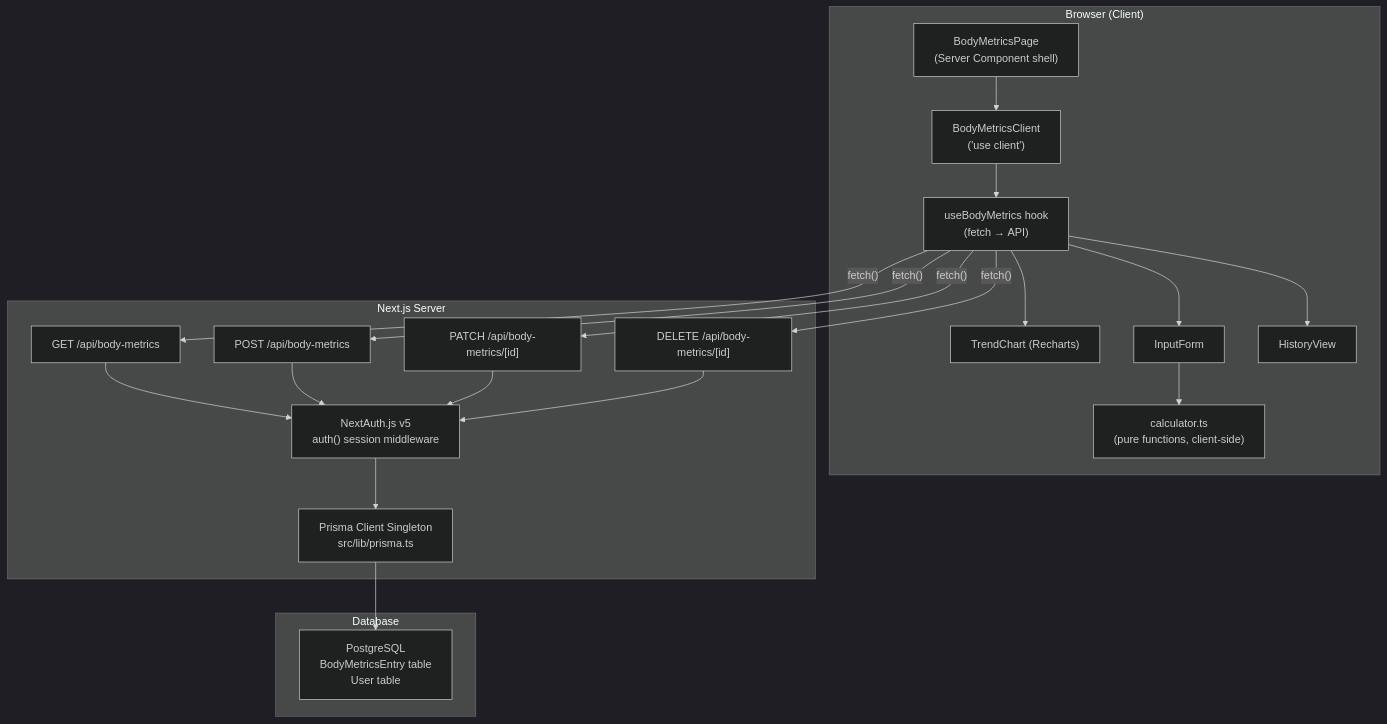
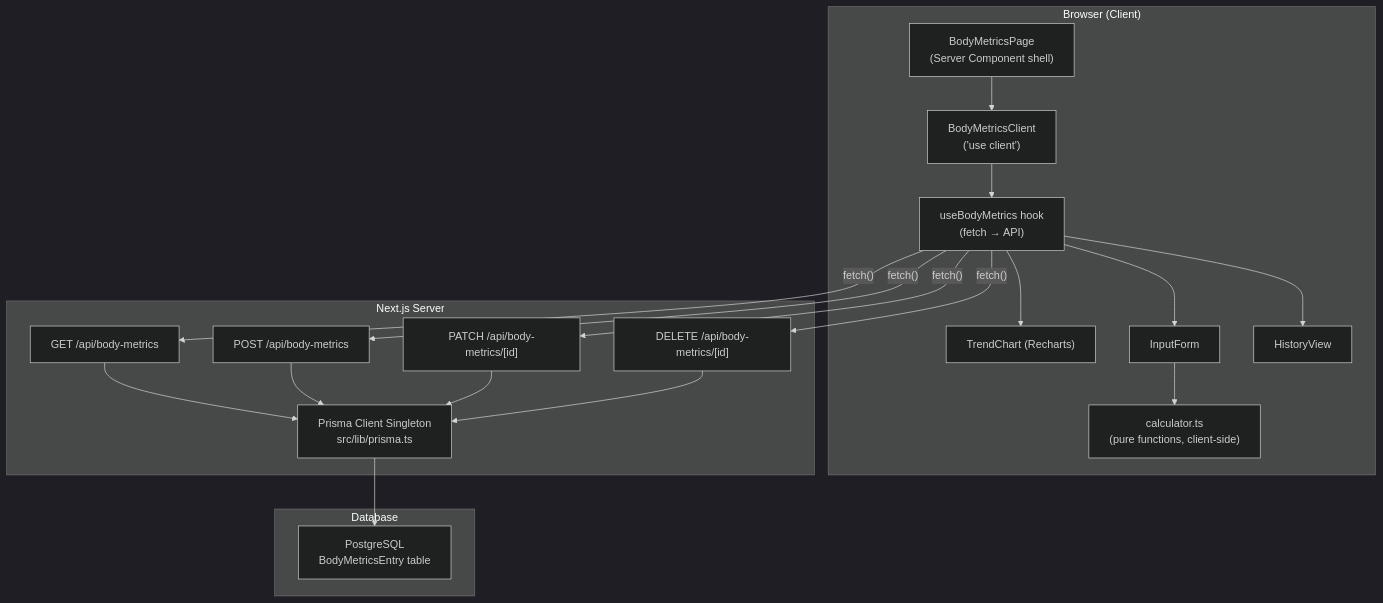
The first of 2 diagrams in .kiro/specs/body-metrics/design.md (AbdurrahmanFaris-Rizqullah/FITTRACK-fitness-monitoring), drawn with Mermaid (dark theme) before and after one commit. The commit also changed other lines of this file and 4 other files, not shown here.

````diff
--- a/.kiro/specs/body-metrics/design.md
+++ b/.kiro/specs/body-metrics/design.md
@@ -31,42 +30,40 @@
 ```mermaid
 flowchart TD
     subgraph Browser["Browser (Client)"]
         Page["BodyMetricsPage\n(Server Component shell)"]
         Client["BodyMetricsClient\n('use client')"]
         Hook["useBodyMetrics hook\n(fetch → API)"]
         Calculator["calculator.ts\n(pure functions, client-side)"]
         Chart["TrendChart (Recharts)"]
         Form["InputForm"]
         History["HistoryView"]
     end
 
     subgraph Server["Next.js Server"]
-        Auth["NextAuth.js v5\nauth() session middleware"]
         API1["GET /api/body-metrics"]
         API2["POST /api/body-metrics"]
         API3["PATCH /api/body-metrics/[id]"]
         API4["DELETE /api/body-metrics/[id]"]
         Prisma["Prisma Client Singleton\nsrc/lib/prisma.ts"]
     end
 
     subgraph DB["Database"]
-        PG["PostgreSQL\nBodyMetricsEntry table\nUser table"]
+        PG["PostgreSQL\nBodyMetricsEntry table"]
     end
 
     Page --> Client
     Client --> Hook
     Hook --> Form
     Hook --> Chart
     Hook --> History
     Form --> Calculator
     Hook -- "fetch()" --> API1
     Hook -- "fetch()" --> API2
     Hook -- "fetch()" --> API3
     Hook -- "fetch()" --> API4
-    API1 --> Auth
-    API2 --> Auth
-    API3 --> Auth
-    API4 --> Auth
-    Auth --> Prisma
+    API1 --> Prisma
+    API2 --> Prisma
+    API3 --> Prisma
+    API4 --> Prisma
     Prisma --> PG
 ```
````
